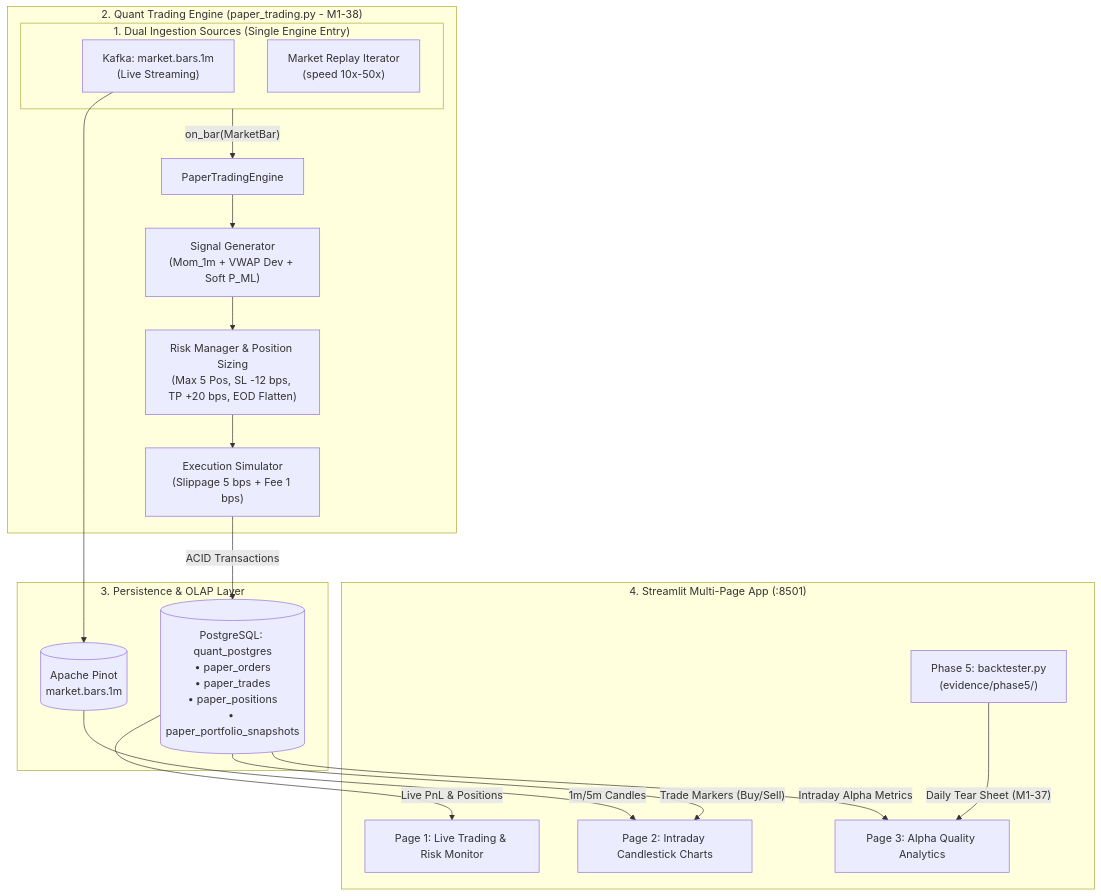
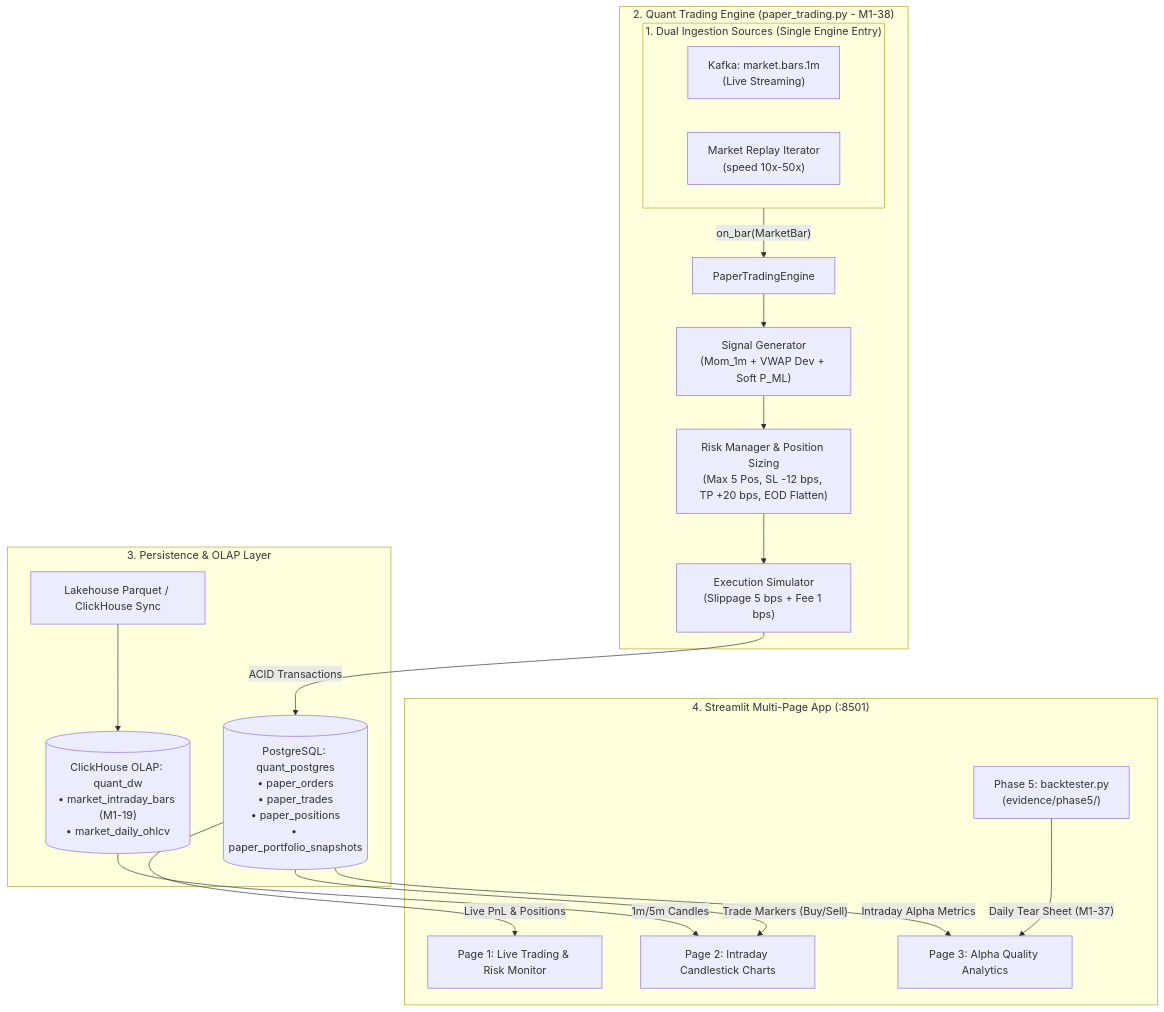
One commit to LongDeutsch/edai_quant_k11 changed the first of 2 diagrams in docs/plan/INTRADAY_TRADING_DASHBOARD.md. Above: the diagram before and after it, drawn with Mermaid. The commit also changed other lines of this file and 159 other files, not shown here.

````diff
--- a/docs/plan/INTRADAY_TRADING_DASHBOARD.md
+++ b/docs/plan/INTRADAY_TRADING_DASHBOARD.md
@@ -15,27 +15,27 @@
 ```mermaid
 flowchart TD
     subgraph DataSources["1. Dual Ingestion Sources (Single Engine Entry)"]
         KafkaLive["Kafka: market.bars.1m<br>(Live Streaming)"]
         ReplayFile["Market Replay Iterator<br>(speed 10x-50x)"]
     end
 
     subgraph CoreEngine["2. Quant Trading Engine (paper_trading.py - M1-38)"]
         DataSources -->|"on_bar(MarketBar)"| Engine["PaperTradingEngine"]
         Engine --> SignalGen["Signal Generator<br>(Mom_1m + VWAP Dev + Soft P_ML)"]
         SignalGen --> RiskGuard["Risk Manager & Position Sizing<br>(Max 5 Pos, SL -12 bps, TP +20 bps, EOD Flatten)"]
         RiskGuard --> ExecSim["Execution Simulator<br>(Slippage 5 bps + Fee 1 bps)"]
     end
 
     subgraph Persistence["3. Persistence & OLAP Layer"]
         ExecSim -->|"ACID Transactions"| Postgres[("PostgreSQL: quant_postgres<br>• paper_orders<br>• paper_trades<br>• paper_positions<br>• paper_portfolio_snapshots")]
-        KafkaLive --> Pinot[("Apache Pinot<br>market.bars.1m")]
+        Lakehouse["Lakehouse Parquet / ClickHouse Sync"] --> ClickHouse[("ClickHouse OLAP: quant_dw<br>• market_intraday_bars (M1-19)<br>• market_daily_ohlcv")]
     end
 
     subgraph UI["4. Streamlit Multi-Page App (:8501)"]
         Postgres -->|"Live PnL & Positions"| Page1["Page 1: Live Trading & Risk Monitor"]
-        Pinot -->|"1m/5m Candles"| Page2["Page 2: Intraday Candlestick Charts"]
+        ClickHouse -->|"1m/5m Candles"| Page2["Page 2: Intraday Candlestick Charts"]
         Postgres -->|"Trade Markers (Buy/Sell)"| Page2
         Postgres -->|"Intraday Alpha Metrics"| Page3["Page 3: Alpha Quality Analytics"]
         Backtester["Phase 5: backtester.py<br>(evidence/phase5/)"] -->|"Daily Tear Sheet (M1-37)"| Page3
     end
 ```
````
